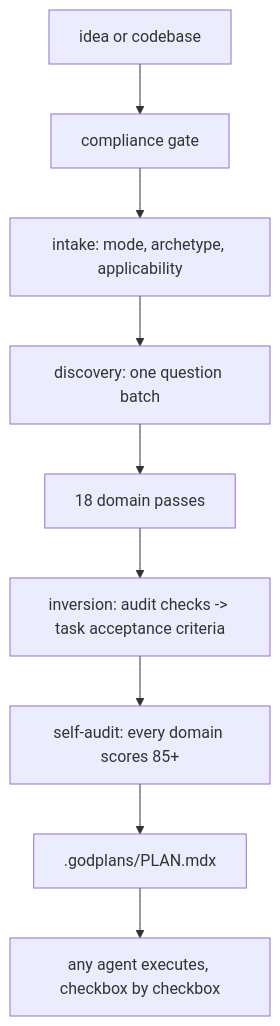
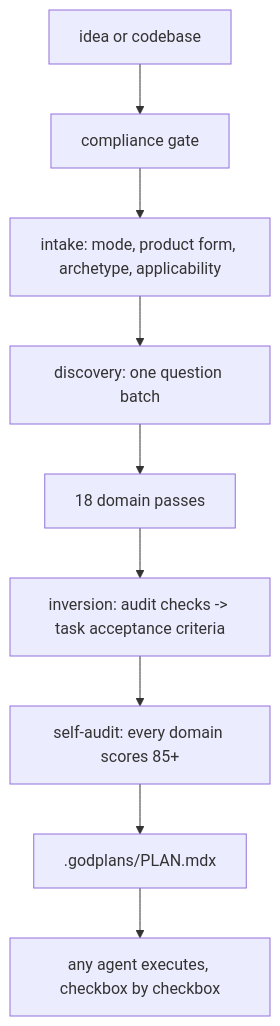
One commit to aihxp/godplans changed the diagram in README.md. Above: the diagram before and after it, drawn with Mermaid. The commit also changed other lines of this file and 42 other files, not shown here.

````diff
--- a/README.md
+++ b/README.md
@@ -83,11 +90,11 @@
 ```mermaid
 graph TD
   A[idea or codebase] --> B[compliance gate]
-  B --> C[intake: mode, archetype, applicability]
+  B --> C[intake: mode, product form, archetype, applicability]
   C --> D[discovery: one question batch]
   D --> E[18 domain passes]
   E --> F[inversion: audit checks -> task acceptance criteria]
   F --> G[self-audit: every domain scores 85+]
   G --> H[.godplans/PLAN.mdx]
   H --> I[any agent executes, checkbox by checkbox]
 ```
````
